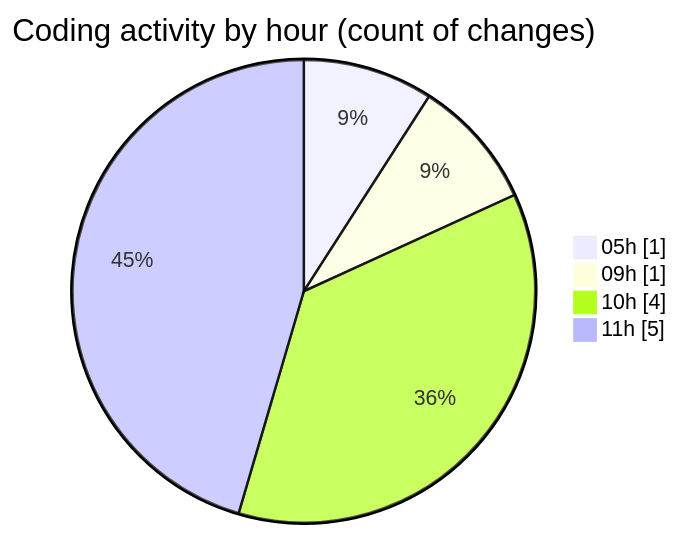
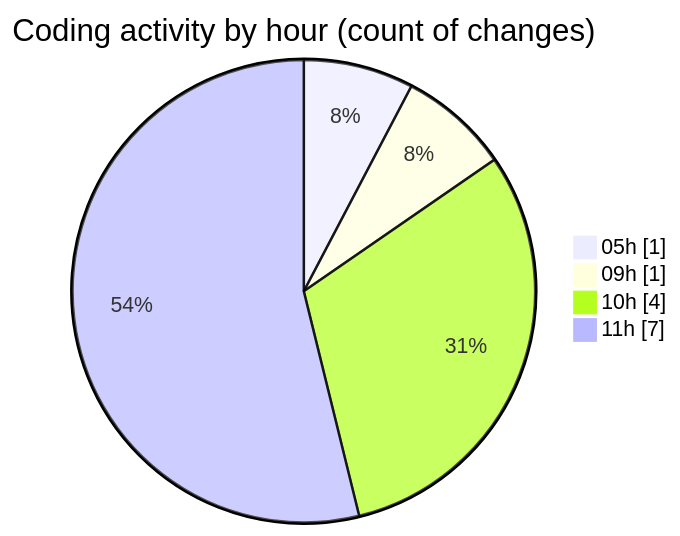
Before and after one commit to FelipKnott/code-tracking: the second of 2 diagrams in 2025-07-13/cursor/README.md, drawn with Mermaid. The commit also changed other lines of this file and 1 other file, not shown here.

````diff
--- a/2025-07-13/cursor/README.md
+++ b/2025-07-13/cursor/README.md
@@ -32,8 +33,8 @@
 ```mermaid
 pie showData
 title Coding activity by hour (count of changes)
 "05h" : 1
 "09h" : 1
 "10h" : 4
-"11h" : 5
+"11h" : 7
 ```
````
